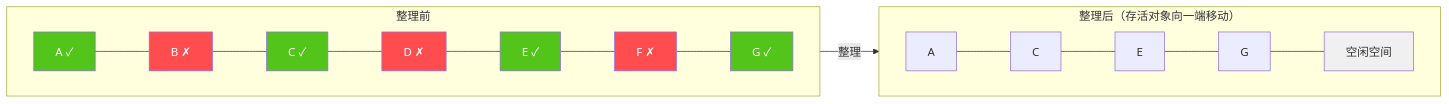
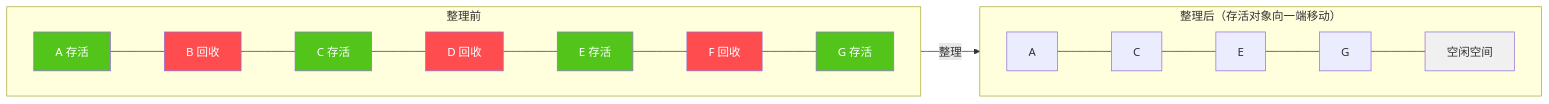
The eighth of 17 diagrams in JavaScript/JavaScript垃圾回收机制详解.md (mansteinr/note-book), drawn with Mermaid before and after one commit. The commit also changed other lines of this file and 1 other file, not shown here.

Commit message:
解决 mermaid 不显示的问题

````diff
--- a/JavaScript/JavaScript垃圾回收机制详解.md
+++ b/JavaScript/JavaScript垃圾回收机制详解.md
@@ -431,23 +431,23 @@
 ```mermaid
 flowchart LR
-    subgraph Before["整理前"]
+    subgraph Before [整理前]
         direction LR
-        B1["A ✓"] --- B2["B ✗"] --- B3["C ✓"] --- B4["D ✗"] --- B5["E ✓"] --- B6["F ✗"] --- B7["G ✓"]
+        B1["A 存活"] --- B2["B 回收"] --- B3["C 存活"] --- B4["D 回收"] --- B5["E 存活"] --- B6["F 回收"] --- B7["G 存活"]
     end
     
-    subgraph After["整理后（存活对象向一端移动）"]
+    subgraph After [整理后（存活对象向一端移动）]
         direction LR
         A1["A"] --- A2["C"] --- A3["E"] --- A4["G"] --- A5["空闲空间"]
     end
     
     Before -->|整理| After
     
     style B1 fill:#52c41a,color:#fff
     style B3 fill:#52c41a,color:#fff
     style B5 fill:#52c41a,color:#fff
     style B7 fill:#52c41a,color:#fff
     style B2 fill:#ff4d4f,color:#fff
     style B4 fill:#ff4d4f,color:#fff
     style B6 fill:#ff4d4f,color:#fff
     style A5 fill:#f0f0f0
 ```
````
